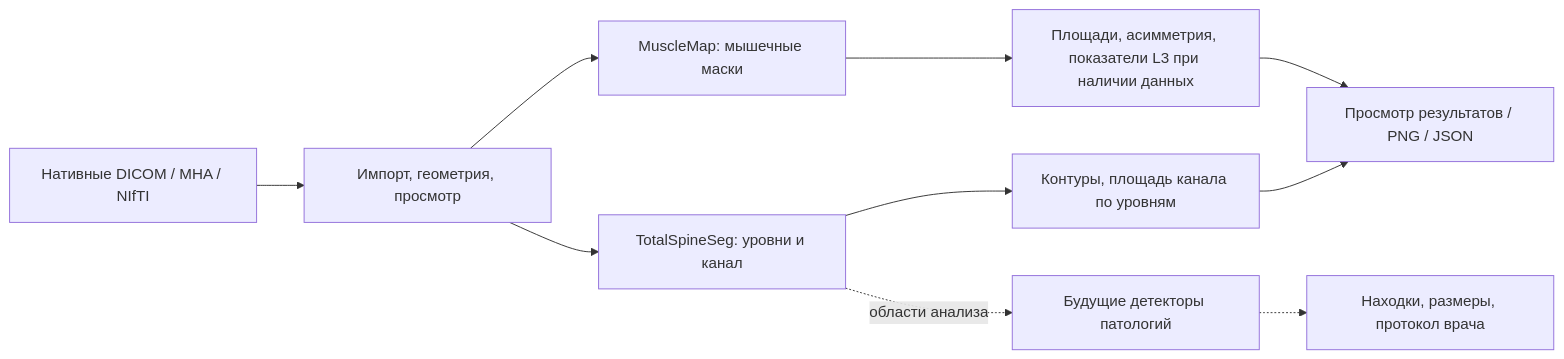
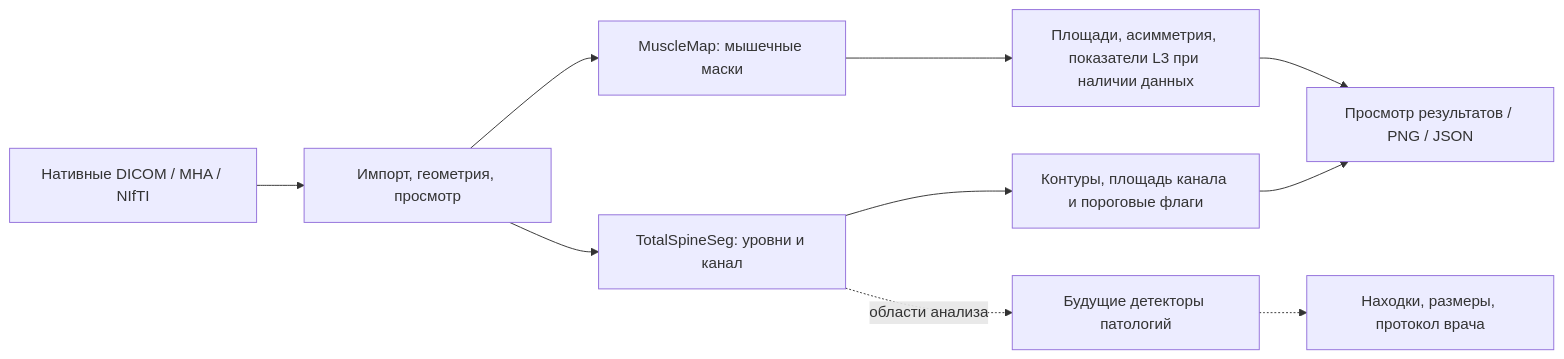
One commit to ndreuu/SpinoSarc changed the diagram in demo/README.md. Above: the diagram before and after it, drawn with Mermaid. The commit also changed other lines of this file and 4 other files, not shown here.

````diff
--- a/demo/README.md
+++ b/demo/README.md
@@ -10,12 +10,12 @@
 ```mermaid
 flowchart LR
     A[Нативные DICOM / MHA / NIfTI] --> B[Импорт, геометрия, просмотр]
     B --> C[TotalSpineSeg: уровни и канал]
-    C --> D[Контуры, площадь канала по уровням]
+    C --> D[Контуры, площадь канала и пороговые флаги]
     B --> E[MuscleMap: мышечные маски]
     E --> F[Площади, асимметрия, показатели L3 при наличии данных]
     D --> G[Просмотр результатов / PNG / JSON]
     F --> G
     C -. области анализа .-> H[Будущие детекторы патологий]
     H -.-> I[Находки, размеры, протокол врача]
 ```
````
